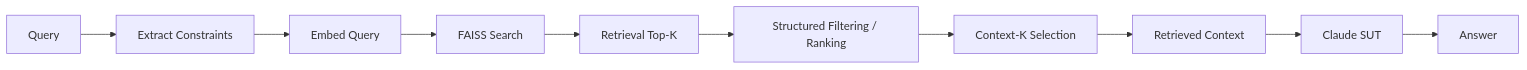
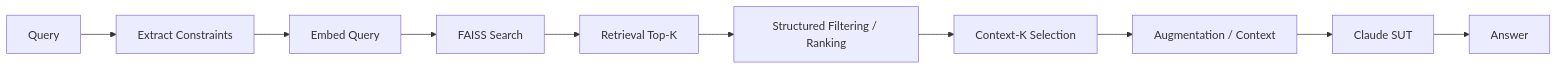
One commit to oleksandrserhieiev-beep/ai-qe-lab changed the sixth of 11 diagrams in docs/architecture.md. Above: the diagram before and after it, drawn with Mermaid. The commit also changed other lines of this file, not shown here.

Commit message:
Document deterministic assertion engine architecture

````diff
--- a/docs/architecture.md
+++ b/docs/architecture.md
@@ -131,12 +201,12 @@
 ```mermaid
 flowchart LR
     Q[Query] --> X[Extract Constraints]
     X --> EMB[Embed Query]
     EMB --> FAISS[FAISS Search]
     FAISS --> TK[Retrieval Top-K]
     TK --> FIL[Structured Filtering / Ranking]
     FIL --> CK[Context-K Selection]
-    CK --> CTX[Retrieved Context]
+    CK --> CTX[Augmentation / Context]
     CTX --> LLM[Claude SUT]
     LLM --> OUT[Answer]
 ```
````
